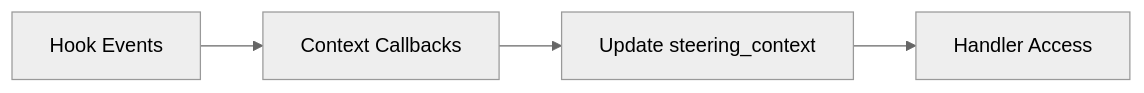
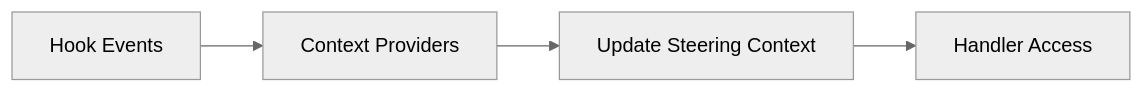
Before and after one commit to zastrowm/sdk-python: the first of 4 diagrams in site/src/content/docs/user-guide/concepts/plugins/steering.mdx, drawn with Mermaid (neutral theme). The commit also changed other lines of this file and 10 other files, not shown here.

Commit message:
docs: TS steering; direct tool calls; preserveContext AgentNode (#858)

````diff
--- a/site/src/content/docs/user-guide/concepts/plugins/steering.mdx
+++ b/site/src/content/docs/user-guide/concepts/plugins/steering.mdx
@@ -22,6 +21,6 @@
 ```mermaid
 flowchart LR
-    A[Hook Events] --> B[Context Callbacks]
-    B --> C[Update steering_context]
+    A[Hook Events] --> B[Context Providers]
+    B --> C[Update Steering Context]
     C --> D[Handler Access]
 ```
````
